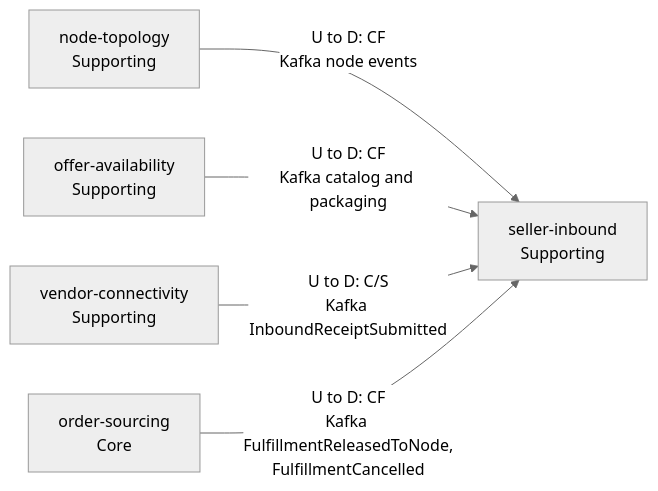
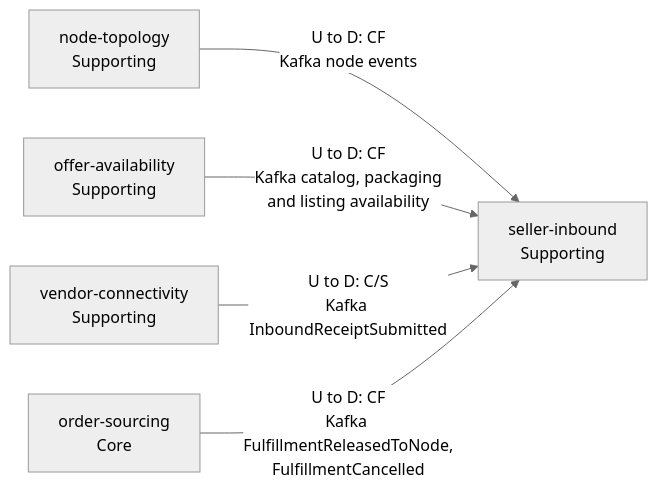
One commit to IQVO/seller-inbound changed the first of 2 diagrams in docs/docs/ddd/context-map.md. Above: the diagram before and after it, drawn with Mermaid (neutral theme). The commit also changed other lines of this file and 21 other files, not shown here.

First line of the commit message:
docs: the offer-availability edge lists ListingAvailabilityChanged; fix the OpenAPI events sentence

````diff
--- a/docs/docs/ddd/context-map.md
+++ b/docs/docs/ddd/context-map.md
@@ -17,12 +17,12 @@
 ```mermaid
 flowchart LR
     NT["node-topology<br/>Supporting"]
     OA["offer-availability<br/>Supporting"]
     VC["vendor-connectivity<br/>Supporting"]
     OS["order-sourcing<br/>Core"]
     SI["seller-inbound<br/>Supporting"]
     NT -->|"U to D: CF<br/>Kafka node events"| SI
-    OA -->|"U to D: CF<br/>Kafka catalog and packaging"| SI
+    OA -->|"U to D: CF<br/>Kafka catalog, packaging<br/>and listing availability"| SI
     VC -->|"U to D: C/S<br/>Kafka InboundReceiptSubmitted"| SI
     OS -->|"U to D: CF<br/>Kafka FulfillmentReleasedToNode,<br/>FulfillmentCancelled"| SI
 ```
````
